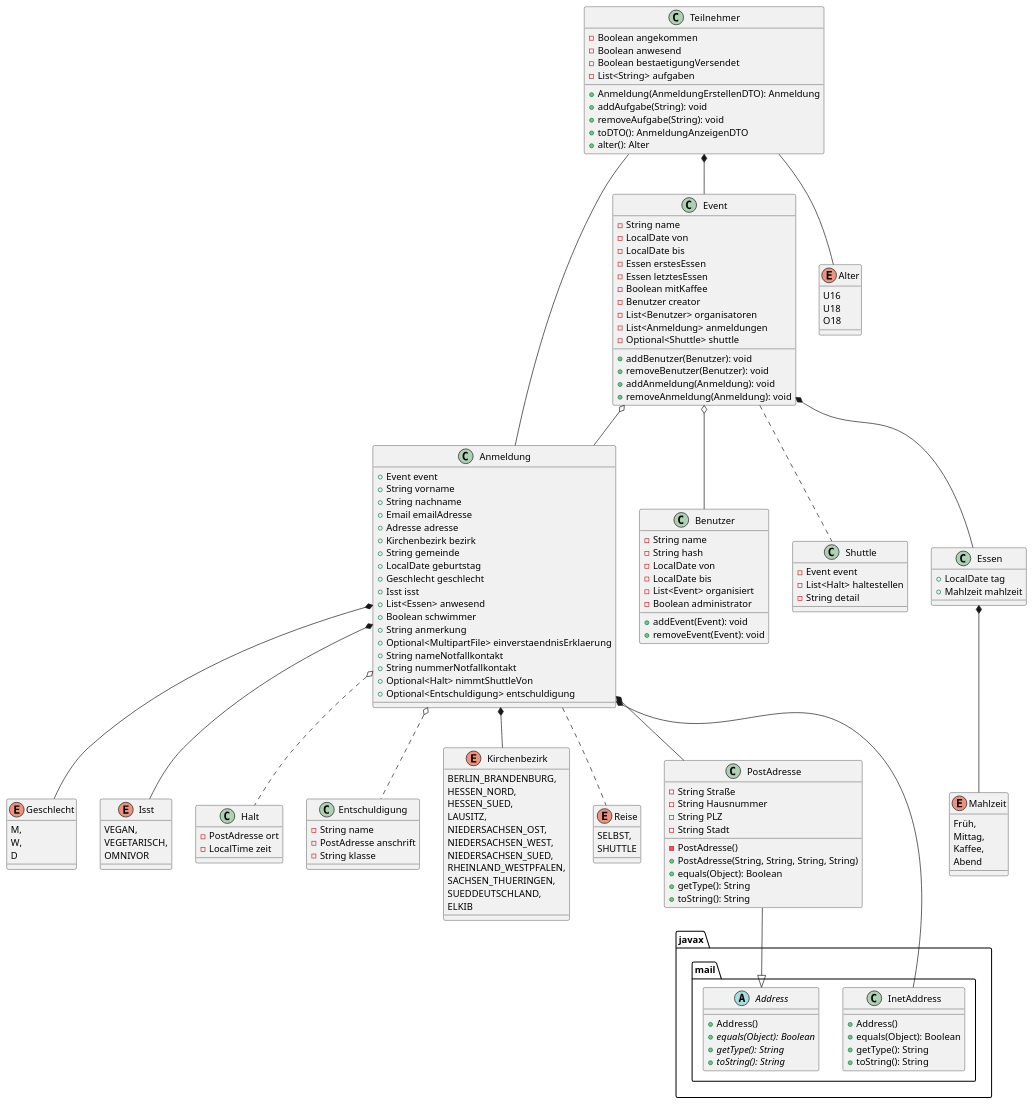
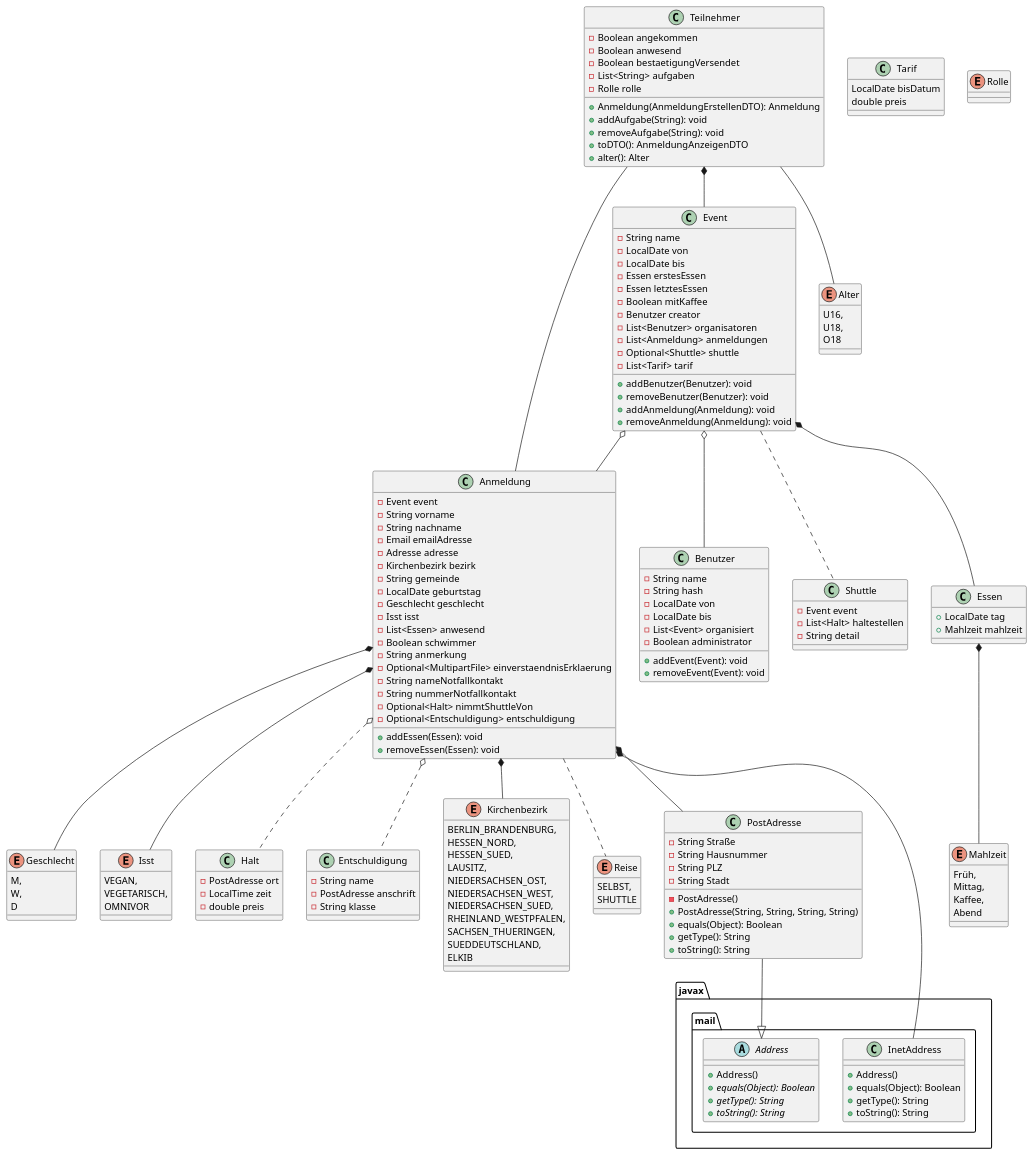
The diagram in doc/klassendiagramm.puml (LukasMarsch/Anmelde-Tool), drawn with PlantUML before and after one commit.

Commit message:
klassendiagramm v1.1

```diff
--- a/doc/klassendiagramm.puml
+++ b/doc/klassendiagramm.puml
@@ -1,171 +1,185 @@
 @startuml
 Teilnehmer *-- Event
 Teilnehmer -- Anmeldung
 Teilnehmer -- Alter
 Event o-- Benutzer
 Event o-- Anmeldung
 Event .. Shuttle
 Event *-- Essen
 Anmeldung *-- Geschlecht
 Anmeldung *-- Isst
 Anmeldung o.. Halt
 Anmeldung o.. Entschuldigung
 Anmeldung *-- Kirchenbezirk
 Anmeldung .. Reise
 Anmeldung *-- PostAdresse
 Anmeldung *-- javax.mail.InetAddress
 Essen *-- Mahlzeit
 PostAdresse --|> javax.mail.Address
 
 abstract class javax.mail.Address {
     +Address()
     +{abstract} equals(Object): Boolean
     +{abstract} getType(): String
     +{abstract} toString(): String
 }
 
 class javax.mail.InetAddress {
     +Address()
     +equals(Object): Boolean
     +getType(): String
     +toString(): String
 }
 
 class Event {
     -String name
     -LocalDate von
     -LocalDate bis
     -Essen erstesEssen
     -Essen letztesEssen
     -Boolean mitKaffee
     -Benutzer creator
     -List<Benutzer> organisatoren
     -List<Anmeldung> anmeldungen
     -Optional<Shuttle> shuttle
+    -List<Tarif> tarif
     +addBenutzer(Benutzer): void
     +removeBenutzer(Benutzer): void
     +addAnmeldung(Anmeldung): void
     +removeAnmeldung(Anmeldung): void
+}
+
+class Tarif {
+    LocalDate bisDatum
+    double preis
 }
 
 class Benutzer {
     -String name
     -String hash
     -LocalDate von
     -LocalDate bis
     -List<Event> organisiert
     -Boolean administrator
     +addEvent(Event): void
     +removeEvent(Event): void
 }
 
 class Teilnehmer {
     -Boolean angekommen
     -Boolean anwesend
     -Boolean bestaetigungVersendet
     -List<String> aufgaben
+    -Rolle rolle
     +Anmeldung(AnmeldungErstellenDTO): Anmeldung
     +addAufgabe(String): void
     +removeAufgabe(String): void
     +toDTO(): AnmeldungAnzeigenDTO
     +alter(): Alter
 }
 
 class Anmeldung {
-    +Event event
-    +String vorname
-    +String nachname
-    +Email emailAdresse
-    +Adresse adresse
-    +Kirchenbezirk bezirk
-    +String gemeinde
-    +LocalDate geburtstag
-    +Geschlecht geschlecht
-    +Isst isst
-    +List<Essen> anwesend
-    +Boolean schwimmer
-    +String anmerkung
-    +Optional<MultipartFile> einverstaendnisErklaerung
-    +String nameNotfallkontakt
-    +String nummerNotfallkontakt
-    +Optional<Halt> nimmtShuttleVon
-    +Optional<Entschuldigung> entschuldigung
+    -Event event
+    -String vorname
+    -String nachname
+    -Email emailAdresse
+    -Adresse adresse
+    -Kirchenbezirk bezirk
+    -String gemeinde
+    -LocalDate geburtstag
+    -Geschlecht geschlecht
+    -Isst isst
+    -List<Essen> anwesend
+    -Boolean schwimmer
+    -String anmerkung
+    -Optional<MultipartFile> einverstaendnisErklaerung
+    -String nameNotfallkontakt
+    -String nummerNotfallkontakt
+    -Optional<Halt> nimmtShuttleVon
+    -Optional<Entschuldigung> entschuldigung
+    +addEssen(Essen): void
+    +removeEssen(Essen): void
 }
 
 class Entschuldigung {
     -String name
     -PostAdresse anschrift
     -String klasse
 }
 
 class Shuttle {
     -Event event
     -List<Halt> haltestellen
     -String detail
 }
 
 class Halt {
     -PostAdresse ort
     -LocalTime zeit
+    -double preis
 }
 
 class PostAdresse {
     -String Straße
     -String Hausnummer
     -String PLZ
     -String Stadt
     -PostAdresse()
     +PostAdresse(String, String, String, String)
     +equals(Object): Boolean
     +getType(): String
     +toString(): String
 }
 
 enum Mahlzeit {
     Früh,
     Mittag,
     Kaffee,
     Abend
 }
 
 class Essen {
     +LocalDate tag
     +Mahlzeit mahlzeit
 }
 
 enum Geschlecht {
     M,
     W,
     D
 }
 
 enum Isst {
     VEGAN,
     VEGETARISCH,
     OMNIVOR
 }
 
 enum Reise {
     SELBST,
     SHUTTLE
 }
 
 enum Kirchenbezirk {
     BERLIN_BRANDENBURG,
     HESSEN_NORD,
     HESSEN_SUED,
     LAUSITZ,
     NIEDERSACHSEN_OST,
     NIEDERSACHSEN_WEST,
     NIEDERSACHSEN_SUED,
     RHEINLAND_WESTPFALEN,
     SACHSEN_THUERINGEN,
     SUEDDEUTSCHLAND,
     ELKIB
 }
 enum Alter {
-    U16
-    U18
+    U16,
+    U18,
     O18
 }
+
+enum Rolle {
+
+}
 @enduml
```
